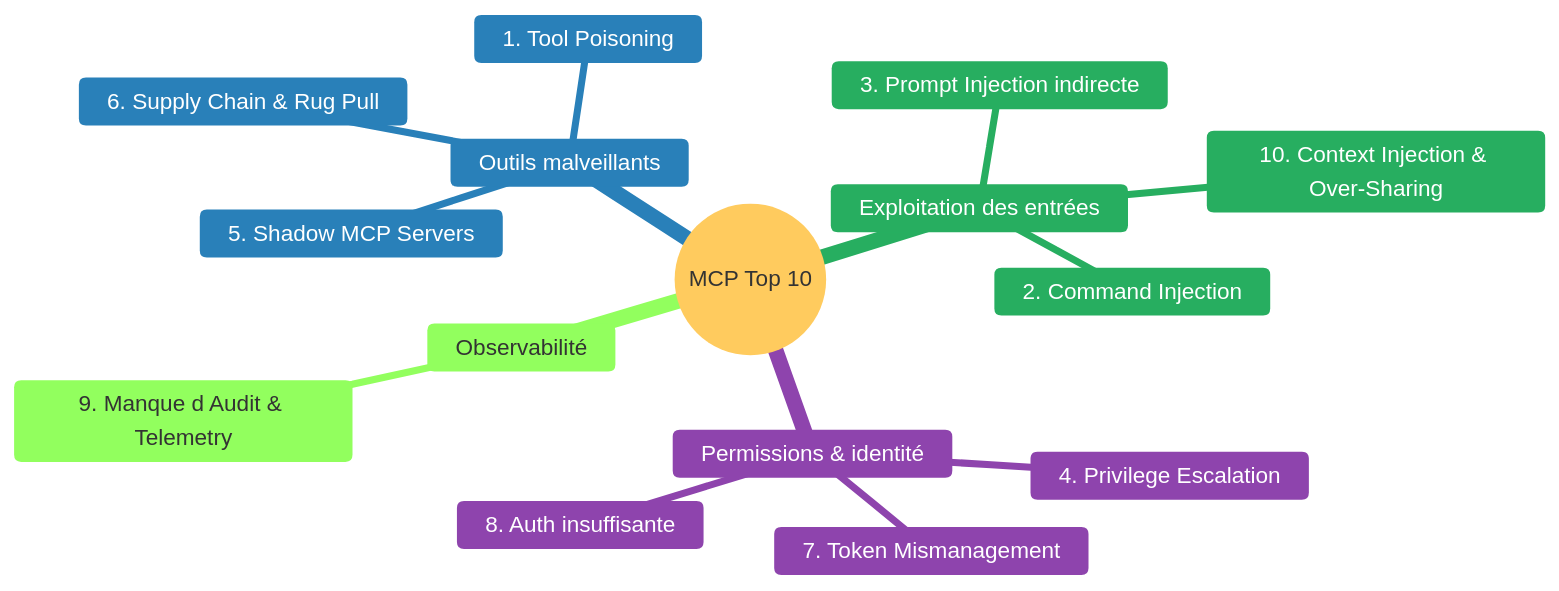
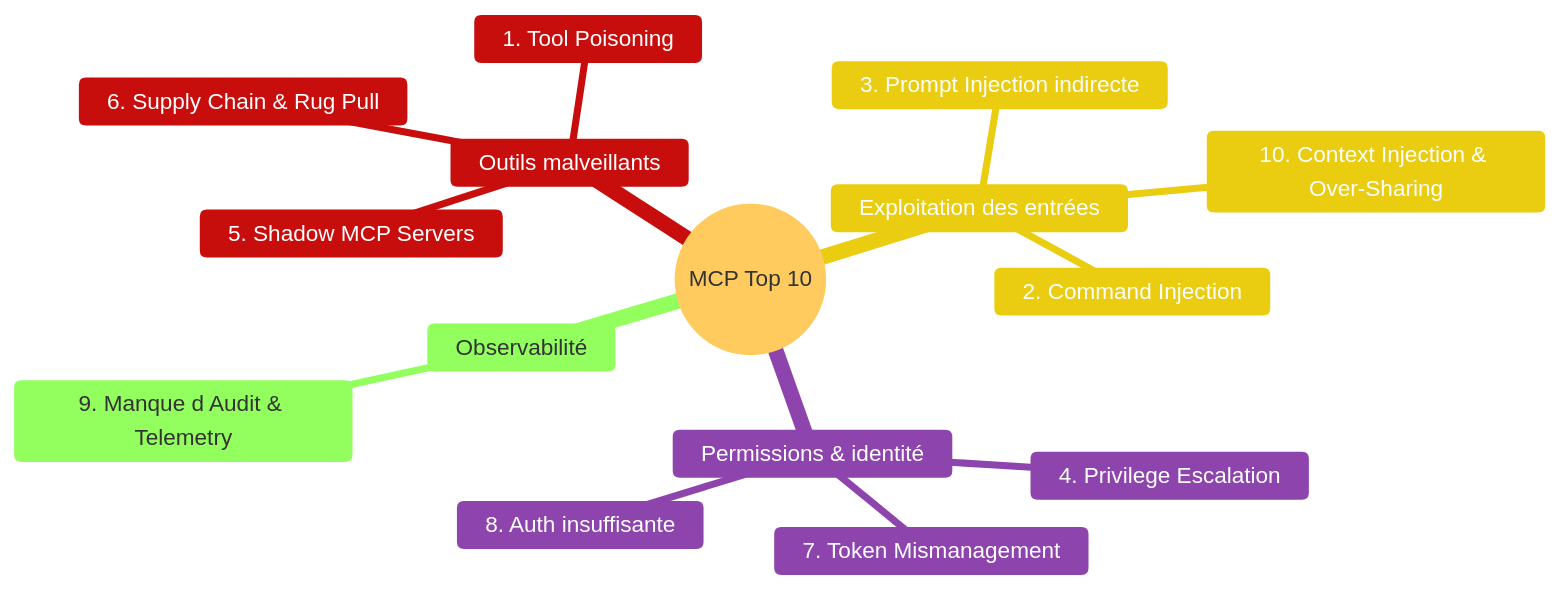
The second of 9 diagrams in step_12.md (pi-2r/devoxxfr2026-workshop-jailbreak-prompt-injection-mcp-poisoning), drawn with Mermaid before and after one commit.

Commit message:
add new font back

````diff
--- a/step_12.md
+++ b/step_12.md
@@ -93,19 +93,19 @@
 ```mermaid
-%%{init: {'theme': 'base', 'themeVariables': {'cScale0': '#e74c3c', 'cScaleLabel0': '#ffffff', 'cScale1': '#2980b9', 'cScaleLabel1': '#ffffff', 'cScale2': '#27ae60', 'cScaleLabel2': '#ffffff', 'cScale3': '#8e44ad', 'cScaleLabel3': '#ffffff', 'cScalePeer1': '#c0392b', 'cScalePeerLabel1': '#ffffff', 'cScalePeer2': '#2471a3', 'cScalePeerLabel2': '#ffffff', 'cScalePeer3': '#229954', 'cScalePeerLabel3': '#ffffff', 'cScalePeer4': '#7d3c98', 'cScalePeerLabel4': '#ffffff'}}}%%
+%%{init: {'theme': 'base', 'themeVariables': {'cScale0': '#078121', 'cScaleLabel0': '#ffffff', 'cScale1': '#c80d0d', 'cScaleLabel1': '#ffffff', 'cScale2': '#eacd11', 'cScaleLabel2': '#ffffff', 'cScale3': '#8e44ad', 'cScaleLabel3': '#ffffff', 'cScalePeer1': '#078121', 'cScalePeerLabel1': '#ffffff', 'cScalePeer2': '#c80d0d', 'cScalePeerLabel2': '#ffffff', 'cScalePeer3': '#eacd11', 'cScalePeerLabel3': '#ffffff', 'cScalePeer4': '#7d3c98', 'cScalePeerLabel4': '#ffffff'}}}%%
 mindmap
   root((MCP Top 10))
     Outils malveillants
       1. Tool Poisoning
       6. Supply Chain & Rug Pull
       5. Shadow MCP Servers
     Exploitation des entrées
       2. Command Injection
       3. Prompt Injection indirecte
       10. Context Injection & Over-Sharing
     Permissions & identité
       4. Privilege Escalation
       7. Token Mismanagement
       8. Auth insuffisante
     Observabilité
       9. Manque d Audit & Telemetry
 ```
````
